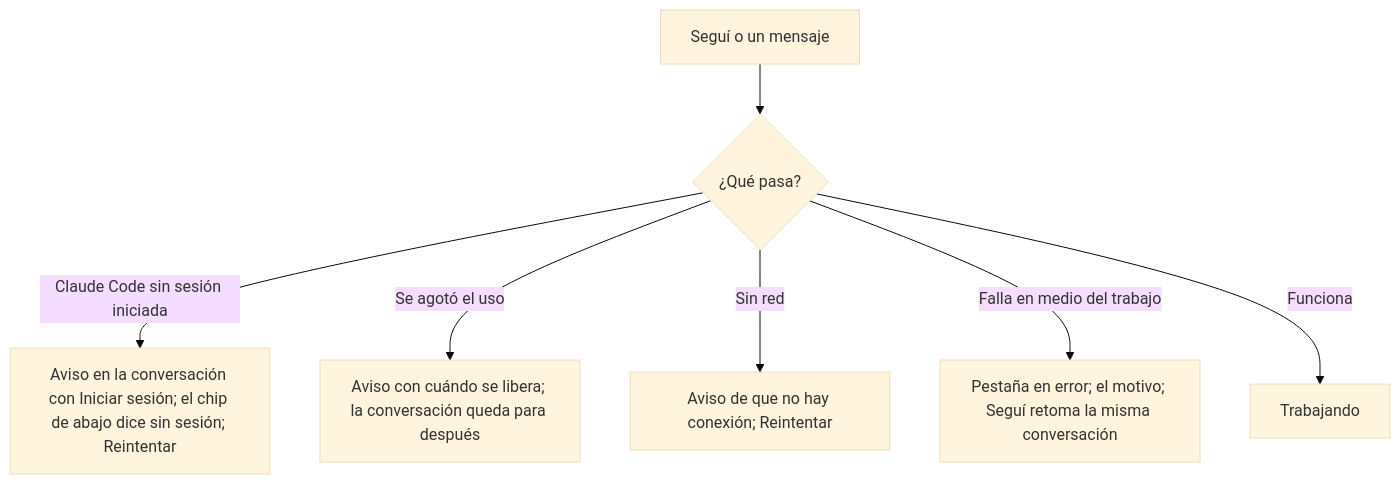
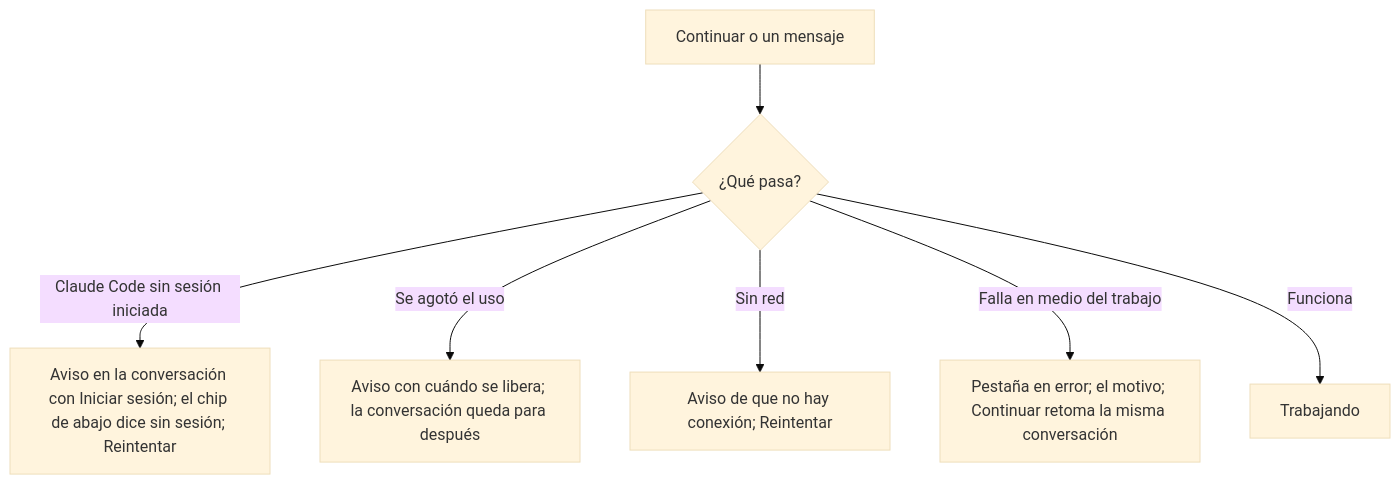
The fifth of 9 diagrams in docs/04-ux.md (LlanosLautaro/Iridium), drawn with Mermaid (base theme) before and after one commit. The commit also changed other lines of this file and 15 other files, not shown here.

````diff
--- a/docs/04-ux.md
+++ b/docs/04-ux.md
@@ -248,9 +248,9 @@
 ```mermaid
 flowchart TD
-  A[Seguí o un mensaje] --> B{¿Qué pasa?}
+  A[Continuar o un mensaje] --> B{¿Qué pasa?}
   B -->|Claude Code sin sesión iniciada| C[Aviso en la conversación con Iniciar sesión; el chip de abajo dice sin sesión; Reintentar]
   B -->|Se agotó el uso| D[Aviso con cuándo se libera; la conversación queda para después]
   B -->|Sin red| E[Aviso de que no hay conexión; Reintentar]
-  B -->|Falla en medio del trabajo| F[Pestaña en error; el motivo; Seguí retoma la misma conversación]
+  B -->|Falla en medio del trabajo| F[Pestaña en error; el motivo; Continuar retoma la misma conversación]
   B -->|Funciona| G[Trabajando]
 ```
````
